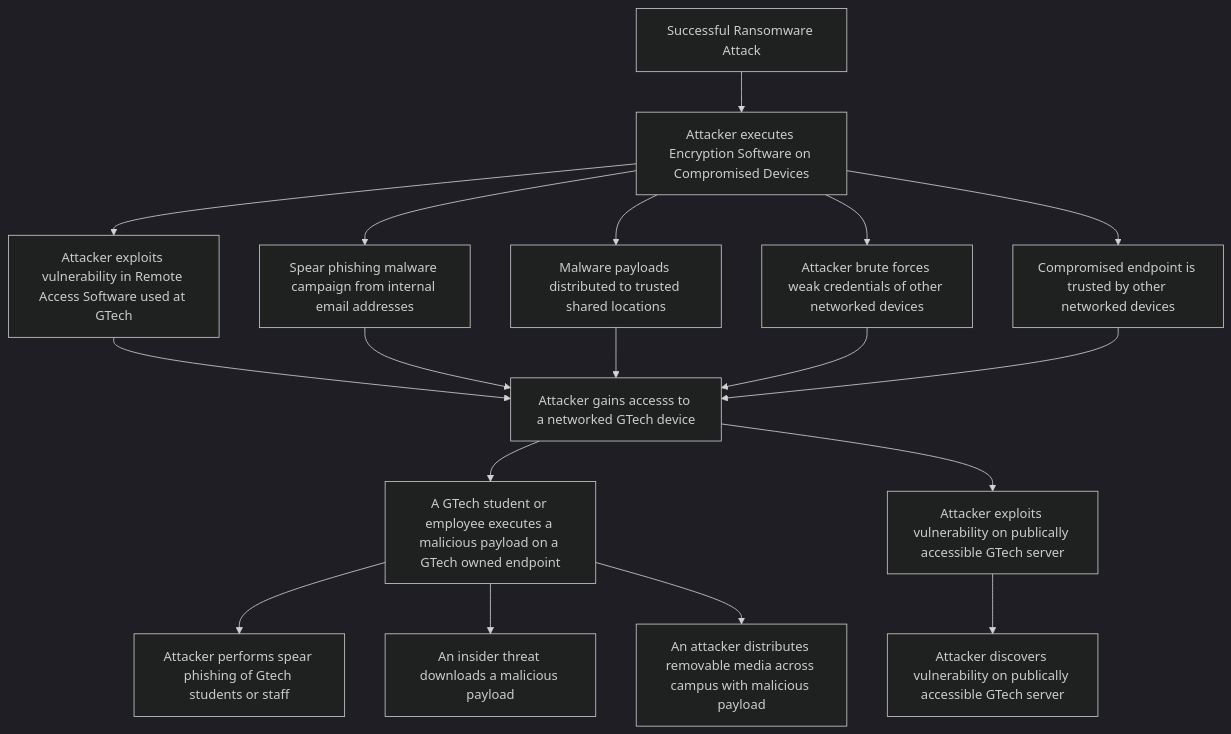
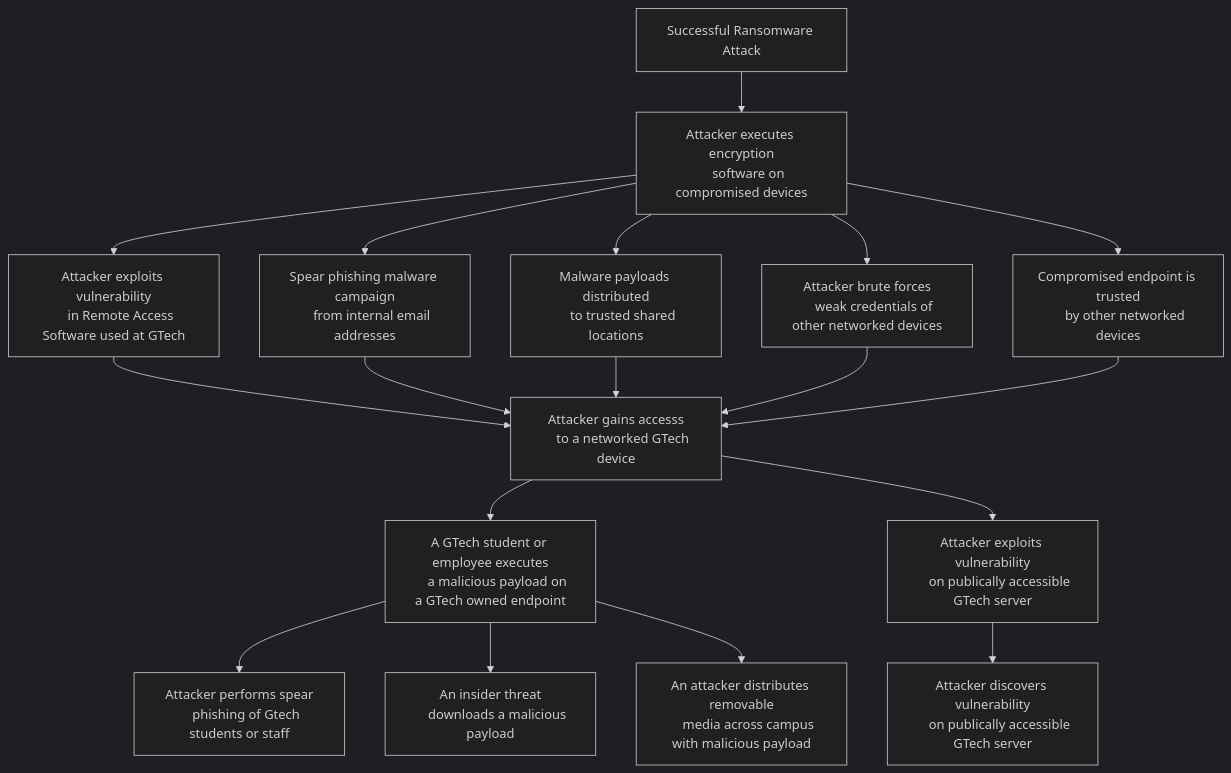
The diagram in attack_tree.md (jfox13-nd/ransomware-gtech), drawn with Mermaid (dark theme) before and after one commit.

````diff
--- a/attack_tree.md
+++ b/attack_tree.md
@@ -2,45 +2,58 @@
 ```mermaid
 flowchart TD
     
     GOAL_FINAL[Successful Ransomware Attack]
-    GOAL[Attacker executes Encryption Software on Compromised Devices]
+    GOAL[Attacker executes encryption
+     software on compromised devices]
 
-    EXPLOIT_REMOTE_SERVICES[Attacker exploits vulnerability in Remote Access Software used at GTech]
-    PERMISSIONS_LATERAL_MOVEMENT[Compromised endpoint is trusted by other networked devices]
-    INTERNAL_PHISHING[Spear phishing malware campaign from internal email addresses]
-    TAINT_SHARED_CONTENT[Malware payloads distributed to trusted shared locations]
-    BRUTE_FORCE_CREDENTIALS_OF_OTHER_NETWORKED_DEVICES[Attacker brute forces weak credentials of other networked devices]
-    ACCESS_ENDPOINT[Attacker gains accesss to a networked GTech device]
+    EXPLOIT_REMOTE_SERVICES[Attacker exploits vulnerability
+     in Remote Access Software used at GTech]
+    PERMISSIONS_LATERAL_MOVEMENT[Compromised endpoint is trusted
+     by other networked devices]
+    INTERNAL_PHISHING[Spear phishing malware campaign
+     from internal email addresses]
+    TAINT_SHARED_CONTENT[Malware payloads distributed
+     to trusted shared locations]
+    BRUTE_FORCE_CREDENTIALS_OF_OTHER_NETWORKED_DEVICES[Attacker brute forces
+     weak credentials of other networked devices]
+    ACCESS_ENDPOINT[Attacker gains accesss
+     to a networked GTech device]
 
-    SPEAR_FISHING[Attacker performs spear phishing of Gtech students or staff]
-    INSIDER_THREAT[An insider threat downloads a malicious payload]
-    REMOVABLE_MEDIA[An attacker distributes removable media across campus with malicious payload]
+    SPEAR_FISHING[Attacker performs spear
+     phishing of Gtech students or staff]
+    INSIDER_THREAT[An insider threat
+     downloads a malicious payload]
+    REMOVABLE_MEDIA[An attacker distributes removable
+     media across campus with malicious payload]
 
-    RUNS_MALICIOUS_EXECUTABLE[A GTech student or employee executes a malicious payload on a GTech owned endpoint]
+    RUNS_MALICIOUS_EXECUTABLE[A GTech student or employee executes
+     a malicious payload on a GTech owned endpoint]
 
-    PUBLIC_SERVER_EXPLOIT[Attacker exploits vulnerability on publically accessible GTech server]
-    VULNERABILITY_SCAN[Attacker discovers vulnerability on publically accessible GTech server]
+    PUBLIC_SERVER_EXPLOIT[Attacker exploits vulnerability
+     on publically accessible GTech server]
+    VULNERABILITY_SCAN[Attacker discovers vulnerability
+     on publically accessible GTech server]
 
     GOAL_FINAL --> GOAL
     GOAL --> EXPLOIT_REMOTE_SERVICES
     GOAL --> INTERNAL_PHISHING
     GOAL --> TAINT_SHARED_CONTENT
     GOAL --> BRUTE_FORCE_CREDENTIALS_OF_OTHER_NETWORKED_DEVICES
     GOAL --> PERMISSIONS_LATERAL_MOVEMENT
 
     EXPLOIT_REMOTE_SERVICES --> ACCESS_ENDPOINT
     INTERNAL_PHISHING  --> ACCESS_ENDPOINT
     TAINT_SHARED_CONTENT  --> ACCESS_ENDPOINT
     BRUTE_FORCE_CREDENTIALS_OF_OTHER_NETWORKED_DEVICES  --> ACCESS_ENDPOINT
     PERMISSIONS_LATERAL_MOVEMENT --> ACCESS_ENDPOINT
 
     ACCESS_ENDPOINT --> RUNS_MALICIOUS_EXECUTABLE
 
     RUNS_MALICIOUS_EXECUTABLE --> SPEAR_FISHING
     RUNS_MALICIOUS_EXECUTABLE --> INSIDER_THREAT
     RUNS_MALICIOUS_EXECUTABLE --> REMOVABLE_MEDIA
 
     ACCESS_ENDPOINT --> PUBLIC_SERVER_EXPLOIT
     PUBLIC_SERVER_EXPLOIT --> VULNERABILITY_SCAN
 
 ```
````
